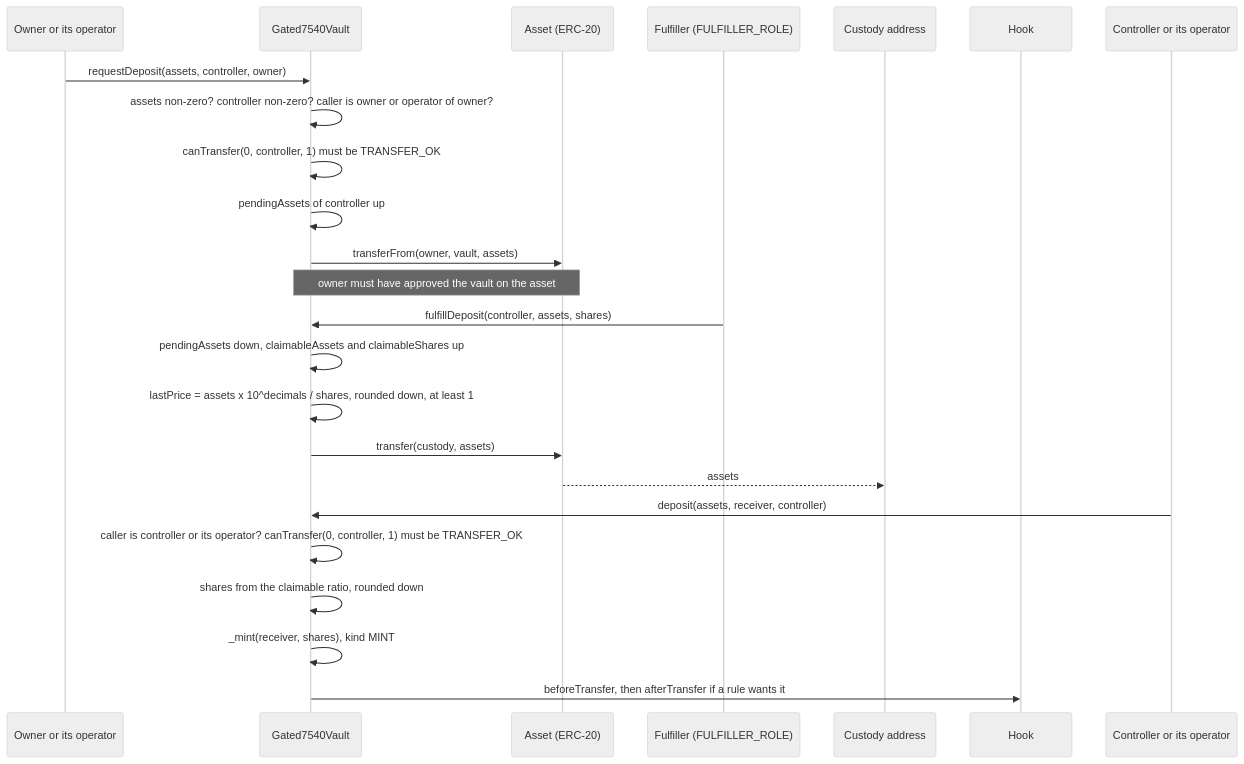
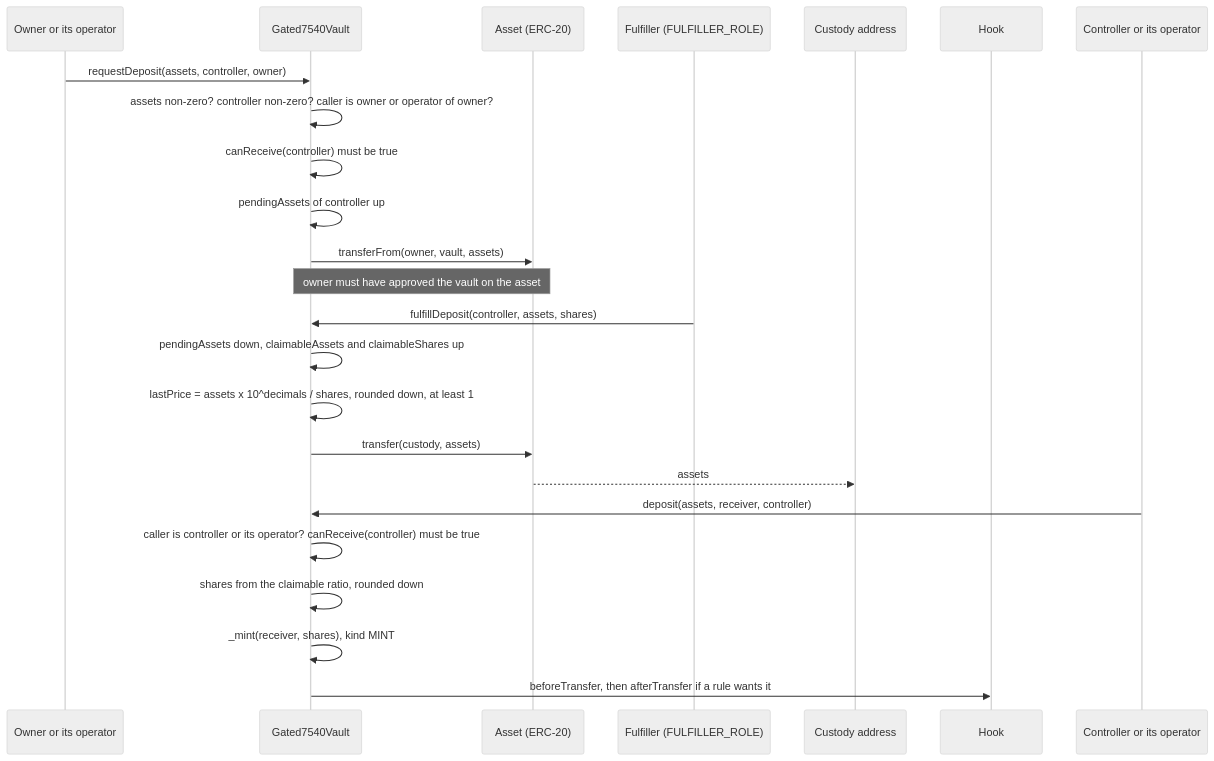
Before and after one commit to fepvenancio/rwa-token: the third of 6 diagrams in docs/flows-vaults.md, drawn with Mermaid (neutral theme). The commit also changed other lines of this file and 13 other files, not shown here.

````diff
--- a/docs/flows-vaults.md
+++ b/docs/flows-vaults.md
@@ -94,29 +102,29 @@
 ```mermaid
 sequenceDiagram
   participant O as Owner or its operator
   participant V as Gated7540Vault
   participant A as Asset (ERC-20)
   participant F as Fulfiller (FULFILLER_ROLE)
   participant C as Custody address
   participant H as Hook
   participant K as Controller or its operator
 
   O->>V: requestDeposit(assets, controller, owner)
   V->>V: assets non-zero? controller non-zero? caller is owner or operator of owner?
-  V->>V: canTransfer(0, controller, 1) must be TRANSFER_OK
+  V->>V: canReceive(controller) must be true
   V->>V: pendingAssets of controller up
   V->>A: transferFrom(owner, vault, assets)
   Note over V,A: owner must have approved the vault on the asset
 
   F->>V: fulfillDeposit(controller, assets, shares)
   V->>V: pendingAssets down, claimableAssets and claimableShares up
   V->>V: lastPrice = assets x 10^decimals / shares, rounded down, at least 1
   V->>A: transfer(custody, assets)
   A-->>C: assets
 
   K->>V: deposit(assets, receiver, controller)
-  V->>V: caller is controller or its operator? canTransfer(0, controller, 1) must be TRANSFER_OK
+  V->>V: caller is controller or its operator? canReceive(controller) must be true
   V->>V: shares from the claimable ratio, rounded down
   V->>V: _mint(receiver, shares), kind MINT
   V->>H: beforeTransfer, then afterTransfer if a rule wants it
 ```
````
